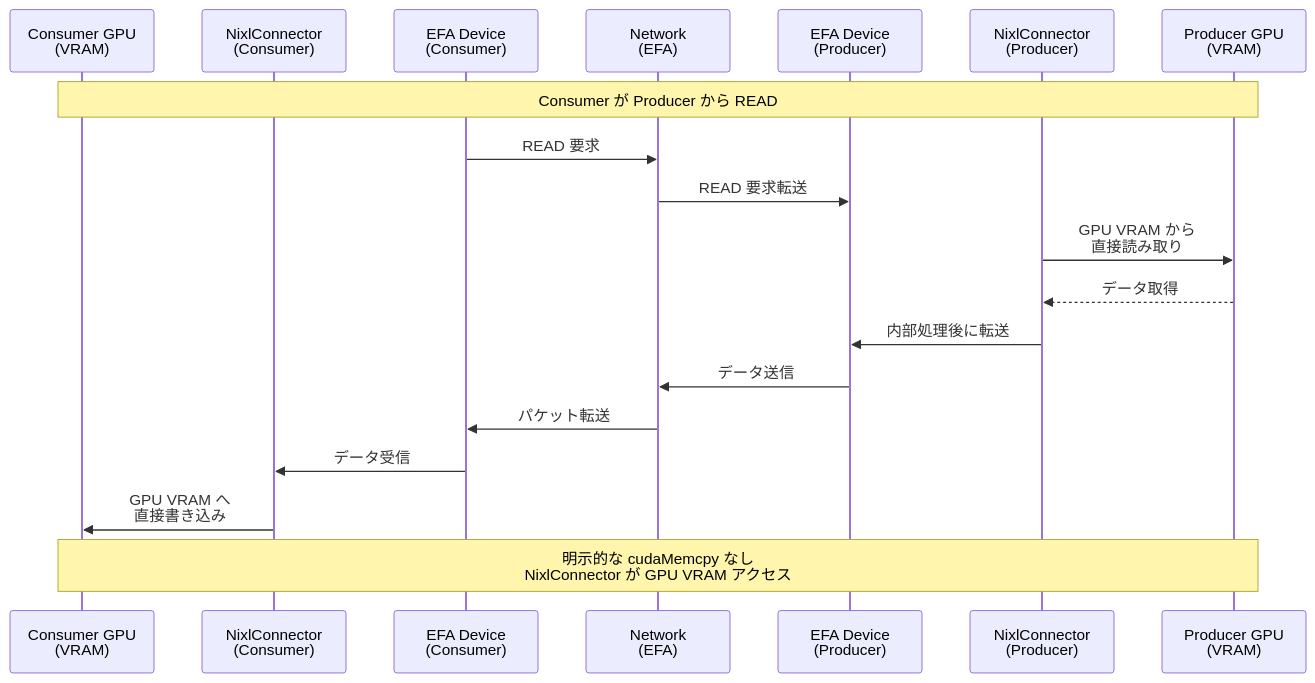
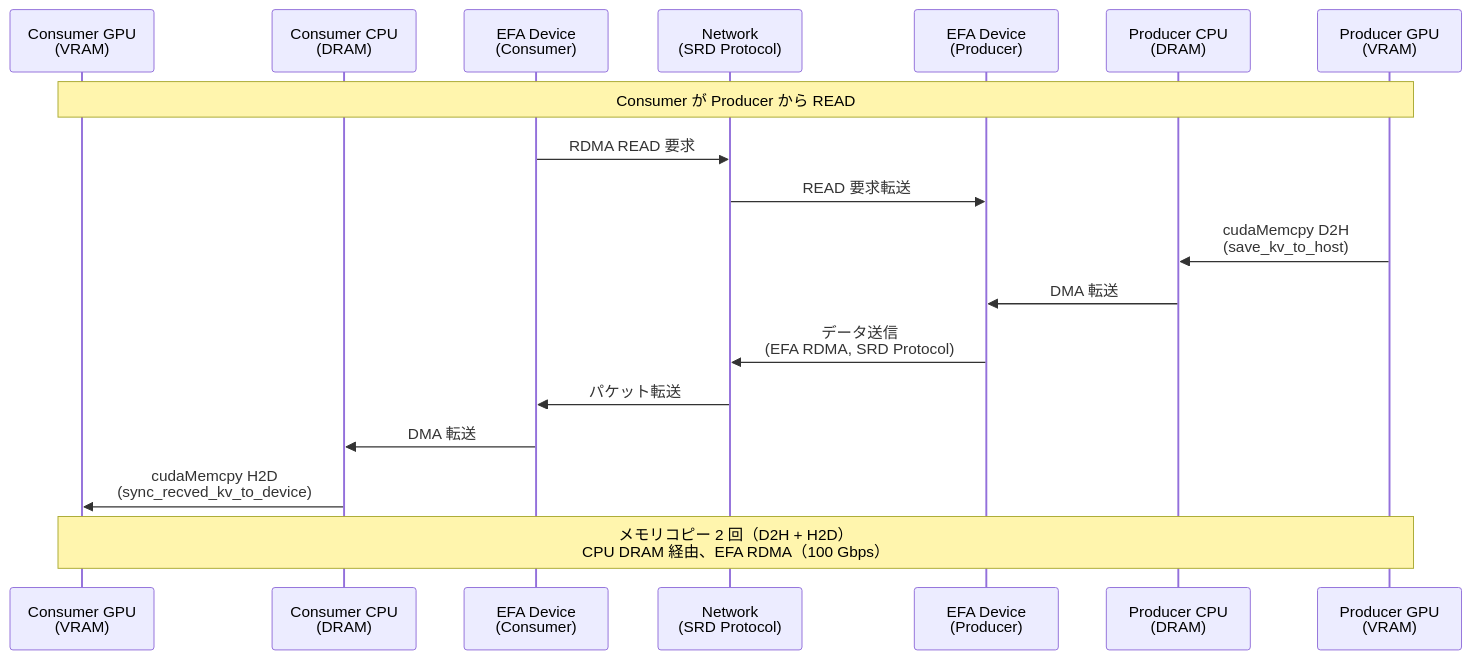
Before and after one commit to littlemex/zenn: the fourth of 10 diagrams in articles/3dd524130320d3.md, drawn with Mermaid. The commit also changed other lines of this file, not shown here.

````diff
--- a/articles/3dd524130320d3.md
+++ b/articles/3dd524130320d3.md
@@ -162,21 +168,20 @@
 ```mermaid
 sequenceDiagram
     participant Consumer_GPU as Consumer GPU<br/>(VRAM)
-    participant NixlC as NixlConnector<br/>(Consumer)
+    participant Consumer_CPU as Consumer CPU<br/>(DRAM)
     participant EFA_C as EFA Device<br/>(Consumer)
-    participant Network as Network<br/>(EFA)
+    participant Network as Network<br/>(SRD Protocol)
     participant EFA_P as EFA Device<br/>(Producer)
-    participant NixlP as NixlConnector<br/>(Producer)
+    participant Producer_CPU as Producer CPU<br/>(DRAM)
     participant Producer_GPU as Producer GPU<br/>(VRAM)
     Note over Consumer_GPU,Producer_GPU: Consumer が Producer から READ
-    EFA_C->>Network: READ 要求
+    EFA_C->>Network: RDMA READ 要求
     Network->>EFA_P: READ 要求転送
-    NixlP->>Producer_GPU: GPU VRAM から<br/>直接読み取り
-    Producer_GPU-->>NixlP: データ取得
-    NixlP->>EFA_P: 内部処理後に転送
-    EFA_P->>Network: データ送信
+    Producer_GPU->>Producer_CPU: cudaMemcpy D2H<br/>(save_kv_to_host)
+    Producer_CPU->>EFA_P: DMA 転送
+    EFA_P->>Network: データ送信<br/>(EFA RDMA, SRD Protocol)
     Network->>EFA_C: パケット転送
-    EFA_C->>NixlC: データ受信
-    NixlC->>Consumer_GPU: GPU VRAM へ<br/>直接書き込み
-    Note over Consumer_GPU,Producer_GPU: 明示的な cudaMemcpy なし<br/>NixlConnector が GPU VRAM アクセス
+    EFA_C->>Consumer_CPU: DMA 転送
+    Consumer_CPU->>Consumer_GPU: cudaMemcpy H2D<br/>(sync_recved_kv_to_device)
+    Note over Consumer_GPU,Producer_GPU: メモリコピー 2 回（D2H + H2D）<br/>CPU DRAM 経由、EFA RDMA（100 Gbps）
 ```
````
